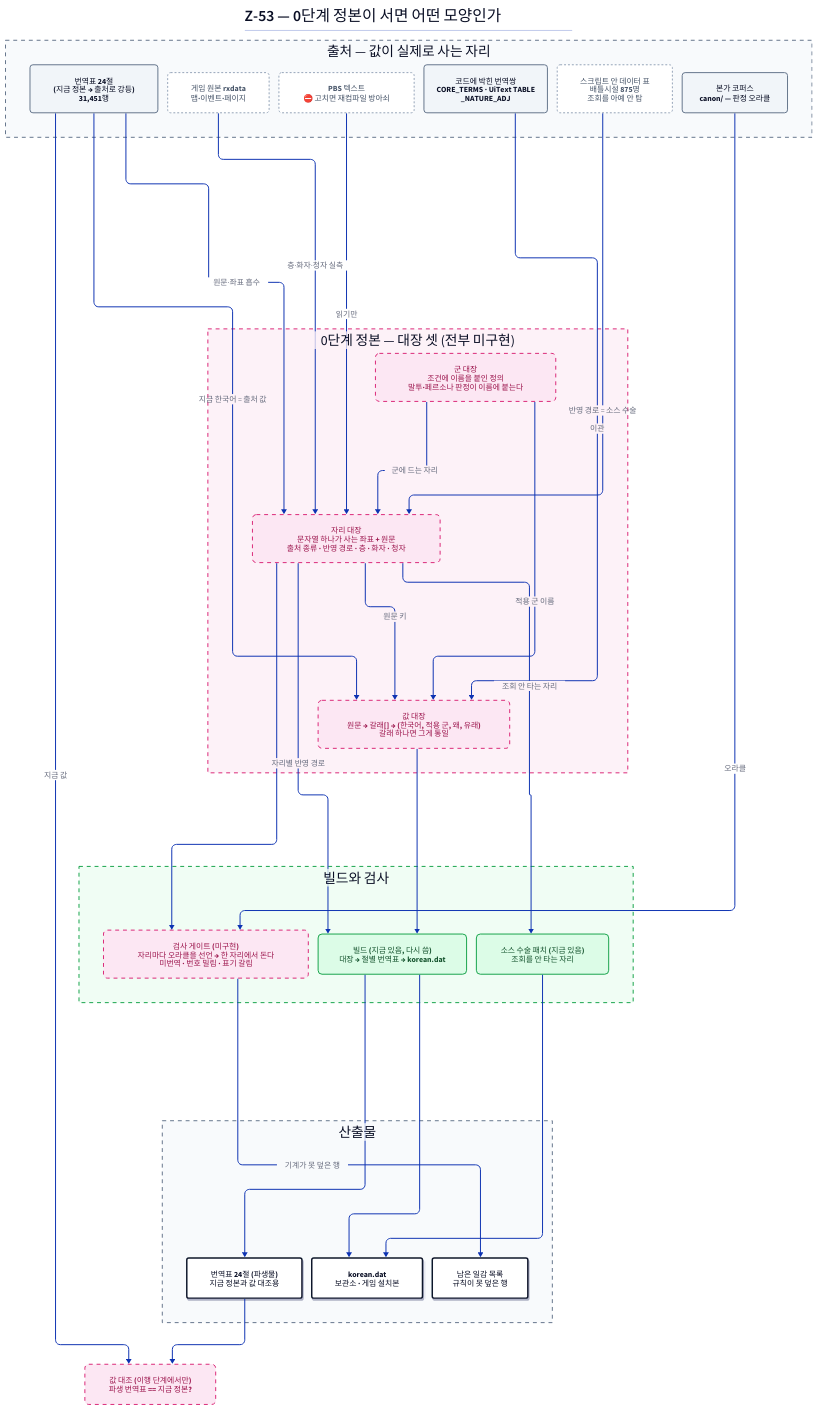
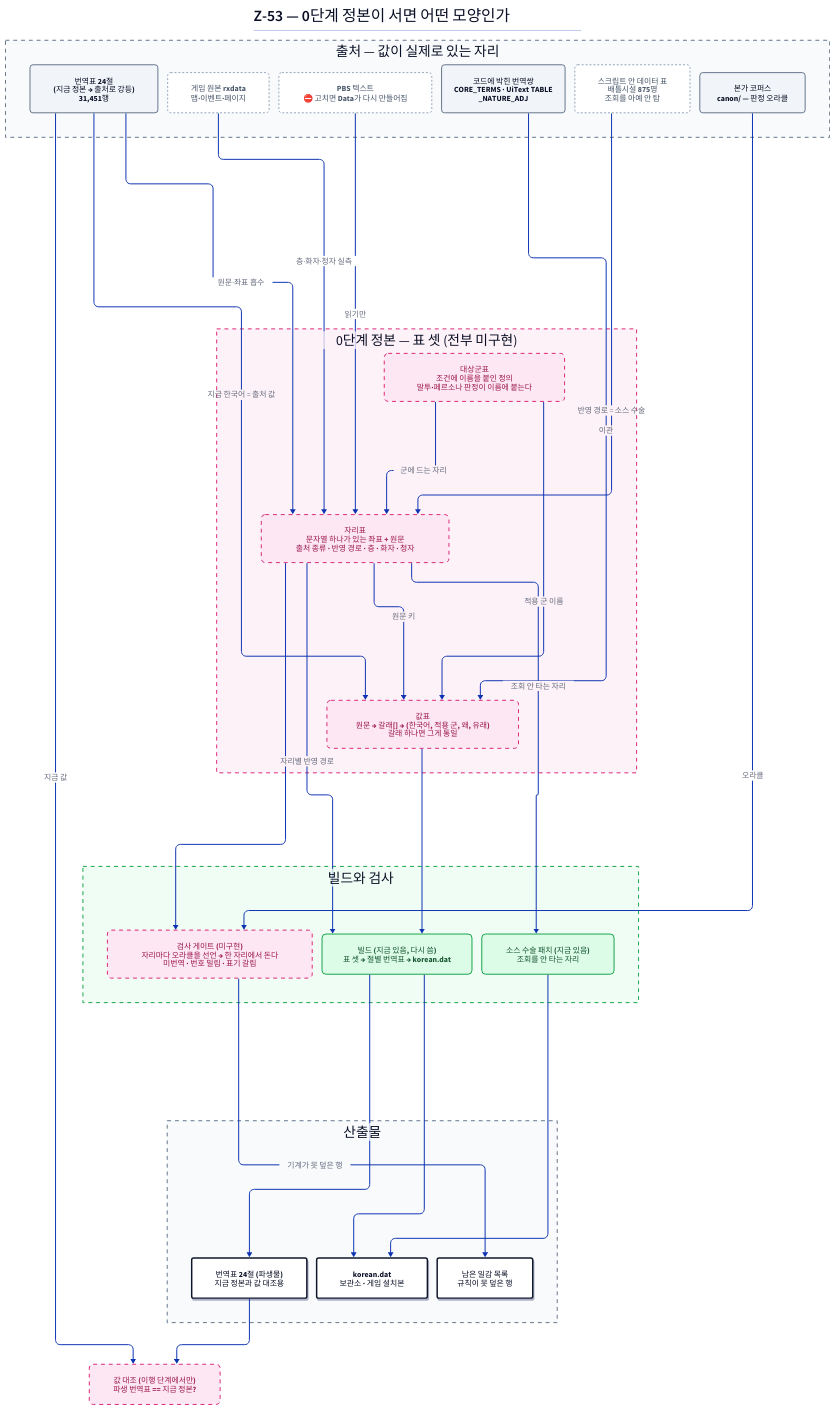
The diagram in pokemon-z/docs/tickets/Z-53-design.d2 (durumiii/pokemon-fangame-kr), drawn with D2 before and after one commit. The commit also changed 2 other files, not shown here.

```diff
--- a/pokemon-z/docs/tickets/Z-53-design.d2
+++ b/pokemon-z/docs/tickets/Z-53-design.d2
@@ -1,92 +1,91 @@
 # Z-53 0단계 정본 — 전체 모양 (as-built + 설계)
 # render:  cd docs/tickets && d2 Z-53-design.d2 Z-53-design.svg
-# ⚠ 이 기계에 d2가 없어 렌더해서 눈으로 확인하지 못했다(2026-08-17).
 
 vars: {
   d2-config: {
     theme-id: 0
     layout-engine: elk
   }
 }
 
 direction: down
 
 classes: {
   llm:    { style: { fill: "#FEF3C7"; stroke: "#D97706"; stroke-width: 2; border-radius: 8; font-color: "#78350F"; bold: true } }
   learn:  { style: { fill: "#DBEAFE"; stroke: "#2563EB"; stroke-width: 2; border-radius: 8; font-color: "#1E3A8A"; bold: true } }
   det:    { style: { fill: "#DCFCE7"; stroke: "#16A34A"; stroke-width: 2; border-radius: 8; font-color: "#14532D"; bold: true } }
   data:   { style: { fill: "#F1F5F9"; stroke: "#64748B"; border-radius: 6 } }
   open:   { style: { fill: "#FCE7F3"; stroke: "#DB2777"; stroke-width: 2; stroke-dash: 4; border-radius: 8; font-color: "#9D174E"; bold: true } }
   artifact: { style: { fill: "#FFFFFF"; stroke: "#0F172A"; stroke-width: 3; border-radius: 4; shadow: true; bold: true } }
   ext:    { style: { fill: "#FFFFFF"; stroke: "#94A3B8"; stroke-dash: 2; border-radius: 6; font-color: "#475569" } }
 }
 
 title: |md
   # Z-53 — 0단계 정본이 서면 어떤 모양인가
 | { near: top-center }
 
-src: "출처 — 값이 실제로 사는 자리" {
+src: "출처 — 값이 실제로 있는 자리" {
   style: { fill: "#F8FAFC"; stroke: "#64748B"; stroke-dash: 4 }
   direction: down
 
   tbl: "번역표 24절\n(지금 정본 → 출처로 강등)\n31,451행" { class: data }
   rx: "게임 원본 rxdata\n맵·이벤트·페이지" { class: ext }
-  pbs: "PBS 텍스트\n⛔ 고치면 재컴파일 방아쇠" { class: ext }
+  pbs: "PBS 텍스트\n⛔ 고치면 Data가 다시 만들어짐" { class: ext }
   hard: "코드에 박힌 번역쌍\nCORE_TERMS · UiText TABLE\n_NATURE_ADJ" { class: data }
   tower: "스크립트 안 데이터 표\n배틀시설 875명\n조회를 아예 안 탐" { class: ext }
   corpus: "본가 코퍼스\ncanon/ — 판정 오라클" { class: data }
 }
 
-stage0: "0단계 정본 — 대장 셋 (전부 미구현)" {
+stage0: "0단계 정본 — 표 셋 (전부 미구현)" {
   style: { fill: "#FDF2F8"; stroke: "#DB2777"; stroke-dash: 4 }
   direction: down
 
-  sites: "자리 대장\n문자열 하나가 사는 좌표 + 원문\n출처 종류 · 반영 경로 · 층 · 화자 · 청자" { class: open }
-  values: "값 대장\n원문 → 갈래[] → (한국어, 적용 군, 왜, 유래)\n갈래 하나면 그게 통일" { class: open }
-  groups: "군 대장\n조건에 이름을 붙인 정의\n말투·페르소나 판정이 이름에 붙는다" { class: open }
+  sites: "자리표\n문자열 하나가 있는 좌표 + 원문\n출처 종류 · 반영 경로 · 층 · 화자 · 청자" { class: open }
+  values: "값표\n원문 → 갈래[] → (한국어, 적용 군, 왜, 유래)\n갈래 하나면 그게 통일" { class: open }
+  groups: "대상군표\n조건에 이름을 붙인 정의\n말투·페르소나 판정이 이름에 붙는다" { class: open }
 
   sites -> values: "원문 키"
   groups -> values: "적용 군 이름"
   groups -> sites: "군에 드는 자리"
 }
 
 build: "빌드와 검사" {
   style: { fill: "#F0FDF4"; stroke: "#16A34A"; stroke-dash: 4 }
   direction: down
 
   gate: "검사 게이트 (미구현)\n자리마다 오라클을 선언 → 한 자리에서 돈다\n미번역 · 번호 밀림 · 표기 갈림" { class: open }
-  emit: "빌드 (지금 있음, 다시 씀)\n대장 → 절별 번역표 → korean.dat" { class: det }
+  emit: "빌드 (지금 있음, 다시 씀)\n표 셋 → 절별 번역표 → korean.dat" { class: det }
   surgery: "소스 수술 패치 (지금 있음)\n조회를 안 타는 자리" { class: det }
 }
 
 out: "산출물" {
   style: { fill: "#F8FAFC"; stroke: "#64748B"; stroke-dash: 4 }
   direction: down
 
   tbl2: "번역표 24절 (파생물)\n지금 정본과 값 대조용" { class: artifact }
   dat: "korean.dat\n보관소 · 게임 설치본" { class: artifact }
   todo: "남은 일감 목록\n규칙이 못 덮은 행" { class: artifact }
 }
 
 check: "값 대조 (이행 단계에서만)\n파생 번역표 == 지금 정본?" { class: open }
 
 src.tbl -> stage0.sites: "원문·좌표 흡수"
 src.tbl -> stage0.values: "지금 한국어 = 출처 값"
 src.rx -> stage0.sites: "층·화자·청자 실측"
 src.pbs -> stage0.sites: "읽기만"
 src.hard -> stage0.values: "이관"
 src.tower -> stage0.sites: "반영 경로 = 소스 수술"
 src.corpus -> build.gate: "오라클"
 
 stage0.sites -> build.gate
 stage0.values -> build.emit
 stage0.sites -> build.emit: "자리별 반영 경로"
 stage0.sites -> build.surgery: "조회 안 타는 자리"
 
 build.gate -> out.todo: "기계가 못 덮은 행"
 build.emit -> out.tbl2
 build.emit -> out.dat
 build.surgery -> out.dat
 
 out.tbl2 -> check
 src.tbl -> check: "지금 값"
```
